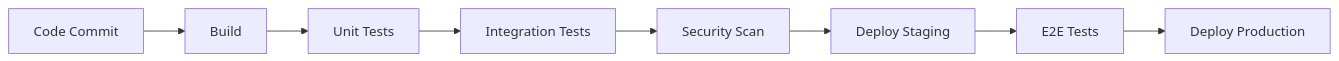
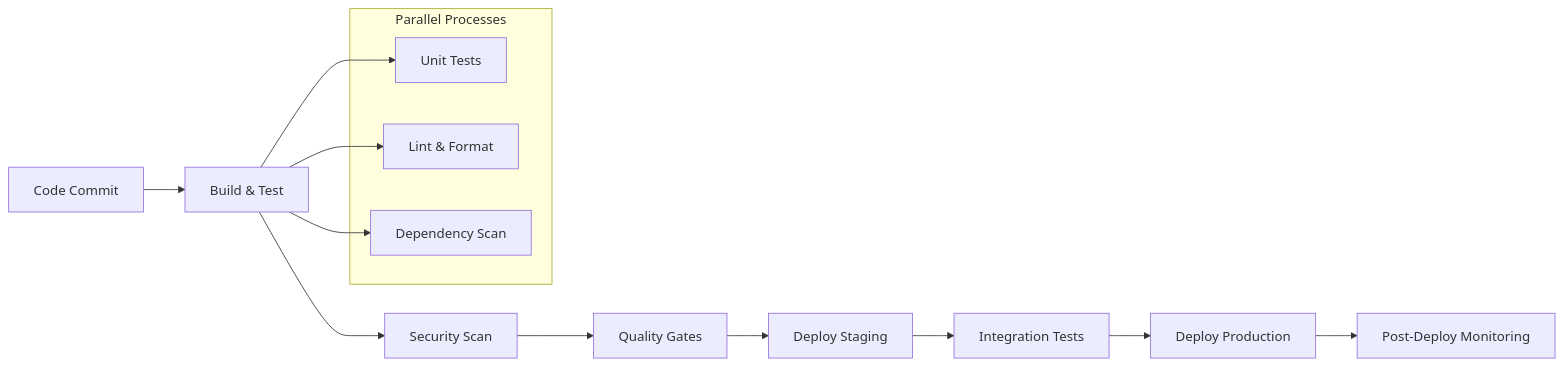
One commit to HimansuSaha/shoppe changed the diagram in docs/cicd/pipeline-overview.md. Above: the diagram before and after it, drawn with Mermaid. The commit also changed other lines of this file and 9 other files, not shown here.

````diff
--- a/docs/cicd/pipeline-overview.md
+++ b/docs/cicd/pipeline-overview.md
@@ -20,10 +60,20 @@
 ```mermaid
 graph LR
-    A[Code Commit] --> B[Build]
-    B --> C[Unit Tests]
-    C --> D[Integration Tests]
-    D --> E[Security Scan]
-    E --> F[Deploy Staging]
-    F --> G[E2E Tests]
-    G --> H[Deploy Production]
+    A[Code Commit] --> B[Build & Test]
+    B --> C[Security Scan]
+    C --> D[Quality Gates]
+    D --> E[Deploy Staging]
+    E --> F[Integration Tests]
+    F --> G[Deploy Production]
+    G --> H[Post-Deploy Monitoring]
+    
+    subgraph "Parallel Processes"
+        I[Unit Tests]
+        J[Lint & Format]
+        K[Dependency Scan]
+    end
+    
+    B --> I
+    B --> J
+    B --> K
 ```
````
